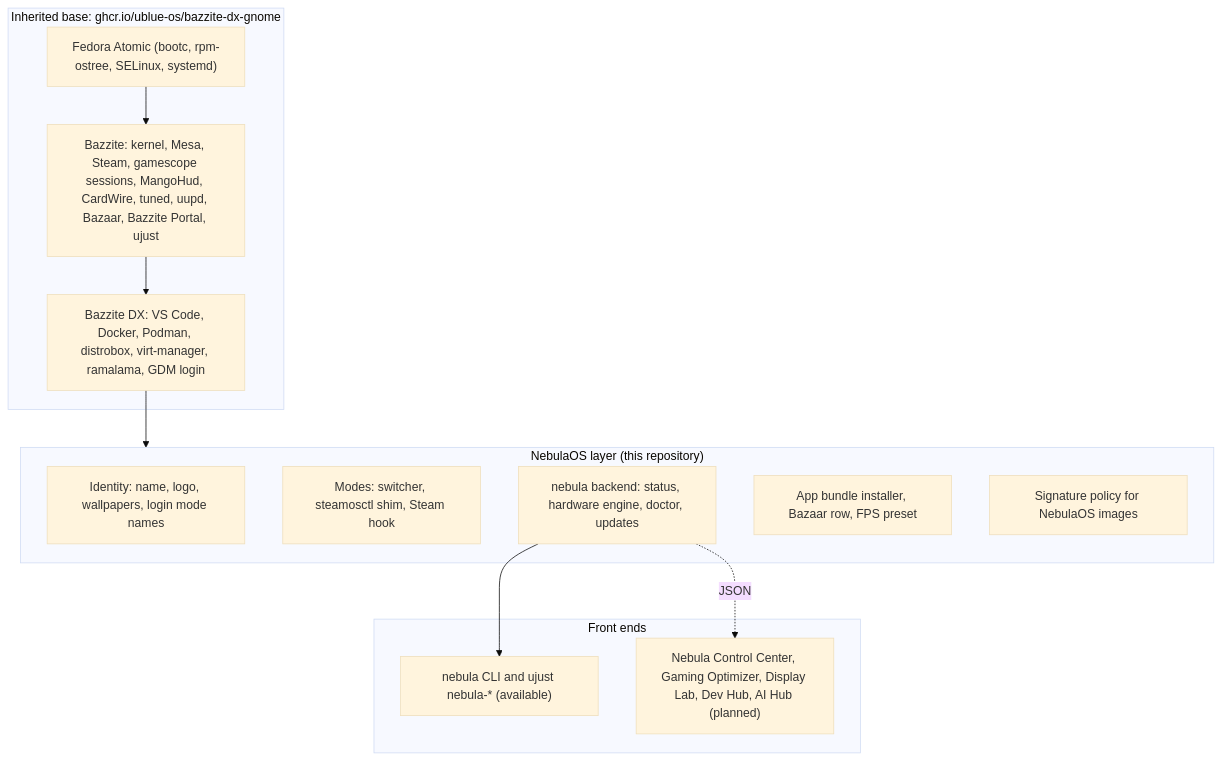
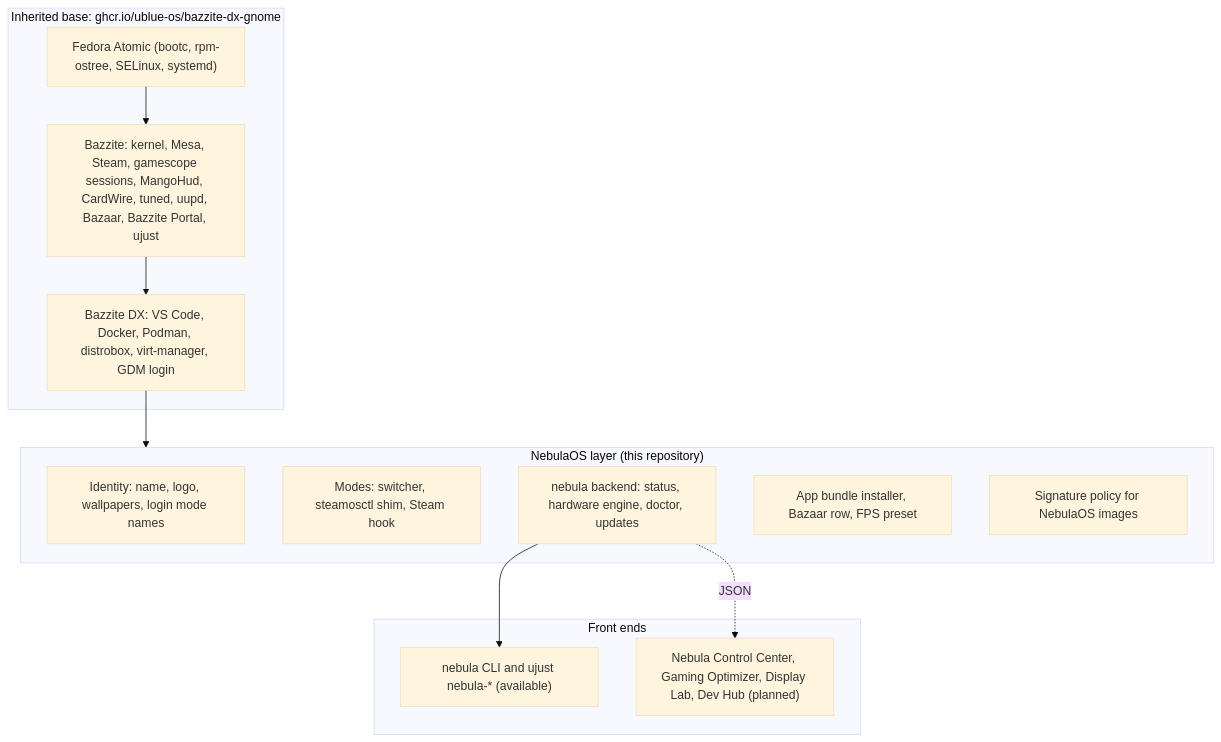
Before and after one commit to trevor99-afk/nebula-os: the first of 3 diagrams in docs/ARCHITECTURE.md, drawn with Mermaid (base theme). The commit also changed 8 other files, not shown here.

````diff
--- a/docs/ARCHITECTURE.md
+++ b/docs/ARCHITECTURE.md
@@ -7,23 +7,23 @@
 ```mermaid
 flowchart TB
     subgraph Base["Inherited base: ghcr.io/ublue-os/bazzite-dx-gnome"]
         F["Fedora Atomic (bootc, rpm-ostree, SELinux, systemd)"]
         B["Bazzite: kernel, Mesa, Steam, gamescope sessions, MangoHud, CardWire, tuned, uupd, Bazaar, Bazzite Portal, ujust"]
-        D["Bazzite DX: VS Code, Docker, Podman, distrobox, virt-manager, ramalama, GDM login"]
+        D["Bazzite DX: VS Code, Docker, Podman, distrobox, virt-manager, GDM login"]
         F --> B --> D
     end
     subgraph Nebula["NebulaOS layer (this repository)"]
         I["Identity: name, logo, wallpapers, login mode names"]
         M["Modes: switcher, steamosctl shim, Steam hook"]
         T["nebula backend: status, hardware engine, doctor, updates"]
         A["App bundle installer, Bazaar row, FPS preset"]
         S["Signature policy for NebulaOS images"]
     end
     subgraph Front["Front ends"]
         CLI["nebula CLI and ujust nebula-* (available)"]
-        GUI["Nebula Control Center, Gaming Optimizer, Display Lab, Dev Hub, AI Hub (planned)"]
+        GUI["Nebula Control Center, Gaming Optimizer, Display Lab, Dev Hub (planned)"]
     end
     D --> Nebula
     T --> CLI
     T -. JSON .-> GUI
 ```
````
